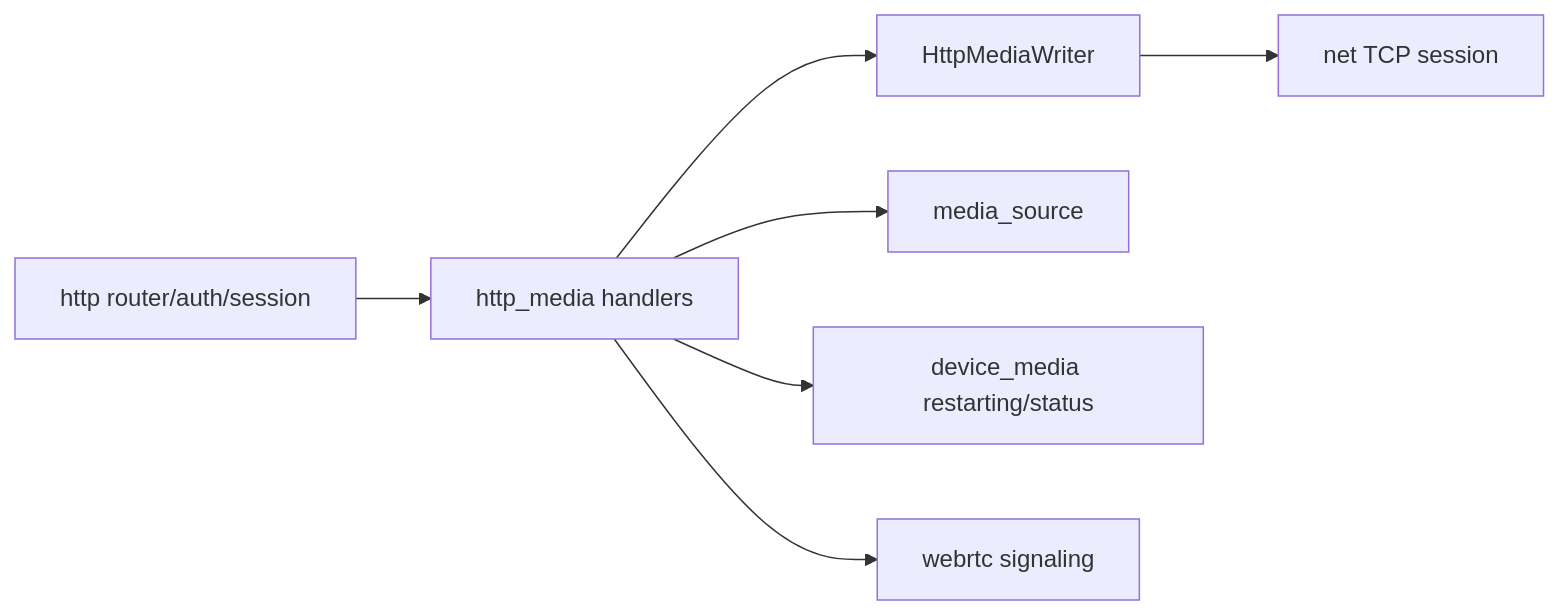
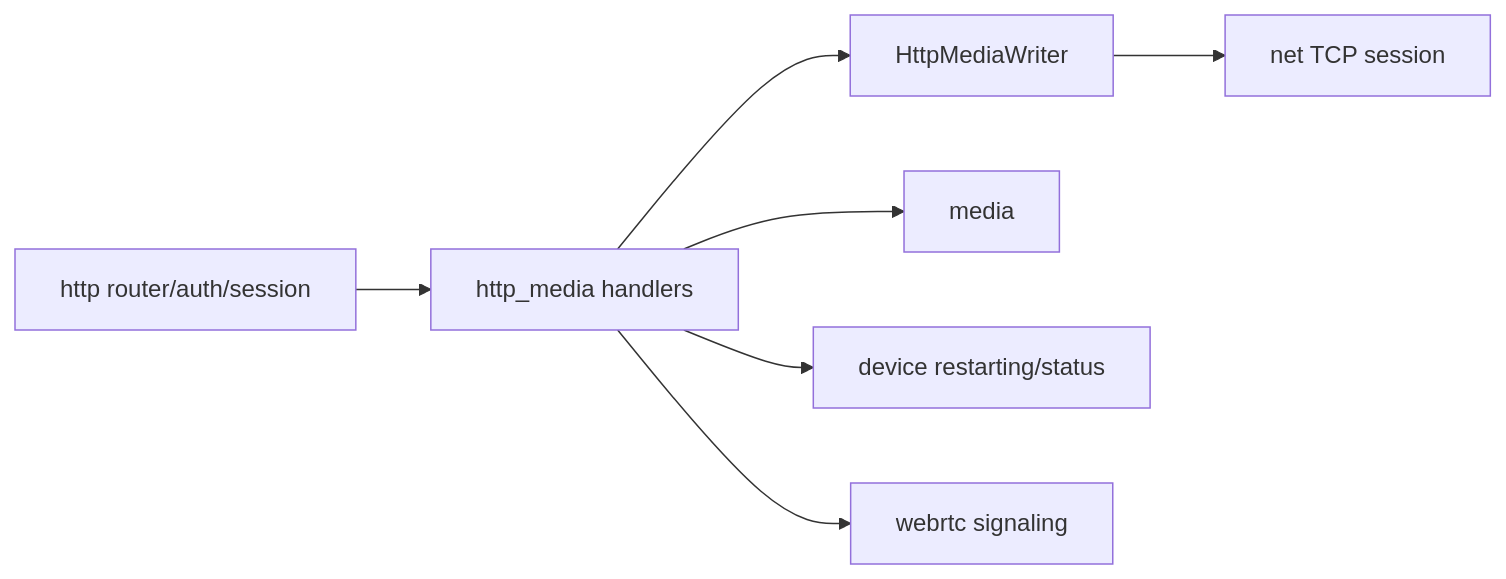
The diagram in docs/libs/http_media.md (373699756/live_stream), drawn with Mermaid before and after one commit. The commit also changed other lines of this file and 56 other files, not shown here.

Commit message:
refactor: remove obsolete media source libraries

````diff
--- a/docs/libs/http_media.md
+++ b/docs/libs/http_media.md
@@ -13,9 +13,9 @@
 ```mermaid
 flowchart LR
   HTTP[http router/auth/session] --> MediaHTTP[http_media handlers]
   MediaHTTP --> Writer[HttpMediaWriter]
   Writer --> Net[net TCP session]
-  MediaHTTP --> Source[media_source]
-  MediaHTTP --> Device[device_media restarting/status]
+  MediaHTTP --> Media[media]
+  MediaHTTP --> Device[device restarting/status]
   MediaHTTP --> WebRTC[webrtc signaling]
 ```
````
